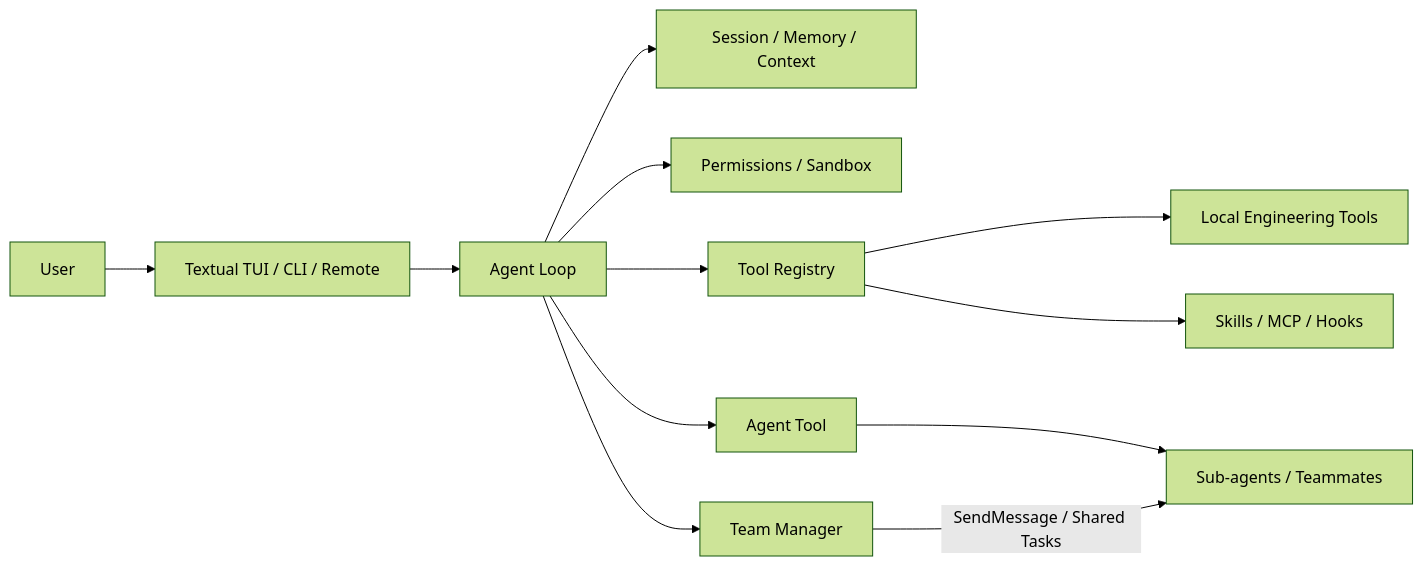
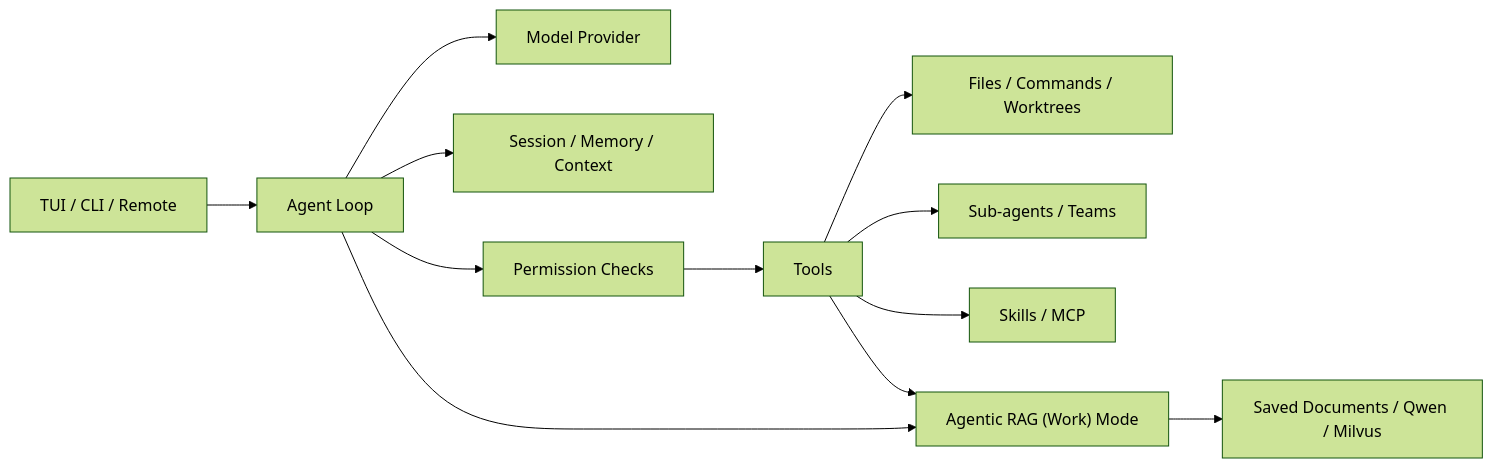
The diagram in README_EN.md (feng-shan-jian/CodePlus), drawn with Mermaid (forest theme) before and after one commit. The commit also changed other lines of this file and 1 other file, not shown here.

````diff
--- a/README_EN.md
+++ b/README_EN.md
@@ -234,26 +348,14 @@
 ```mermaid
 flowchart LR
-    User[User]
-    Entry[Textual TUI / CLI / Remote]
-    Agent[Agent Loop]
-    Context[Session / Memory / Context]
-    Permission[Permissions / Sandbox]
-    Registry[Tool Registry]
-    Local[Local Engineering Tools]
-    Extension[Skills / MCP / Hooks]
-    AgentTool[Agent Tool]
-    Team[Team Manager]
-    Workers[Sub-agents / Teammates]
-
-    User --> Entry
-    Entry --> Agent
-    Agent --> Context
-    Agent --> Permission
-    Agent --> Registry
-    Registry --> Local
-    Registry --> Extension
-    Agent --> AgentTool
-    AgentTool --> Workers
-    Agent --> Team
-    Team -->|SendMessage / Shared Tasks| Workers
+    Entry[TUI / CLI / Remote] --> Agent[Agent Loop]
+    Agent --> Model[Model Provider]
+    Agent --> Context[Session / Memory / Context]
+    Agent --> Permission[Permission Checks]
+    Permission --> Tools[Tools]
+    Tools --> Local[Files / Commands / Worktrees]
+    Tools --> Workers[Sub-agents / Teams]
+    Tools --> Extension[Skills / MCP]
+    Agent --> Knowledge["Agentic RAG (Work) Mode"]
+    Tools --> Knowledge
+    Knowledge --> Sources[Saved Documents / Qwen / Milvus]
 ```
````
